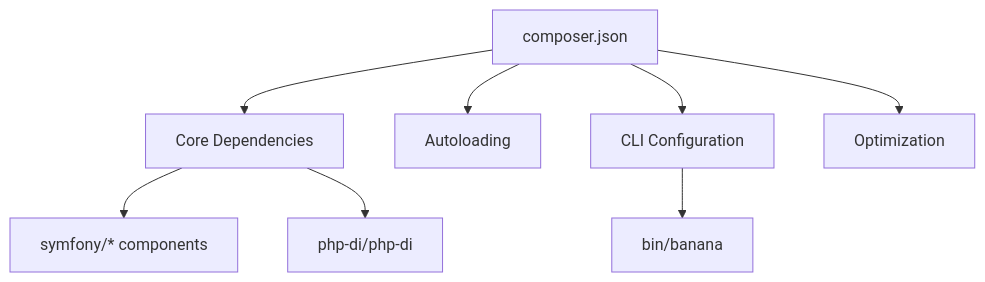
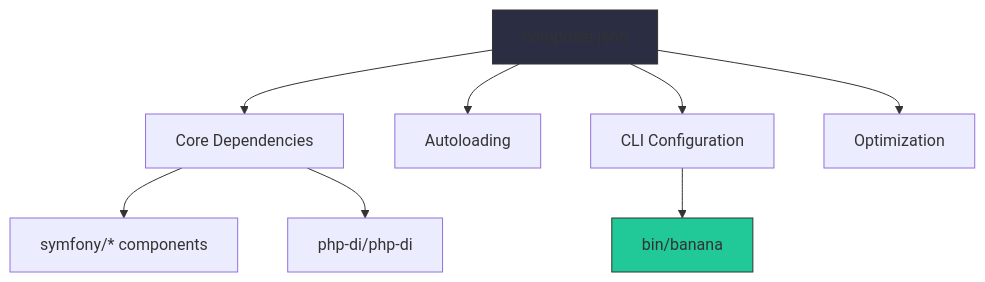
The first of 4 diagrams in docs/COMPOSER-REFERENCE.md (meyoramu/banana-php), drawn with Mermaid before and after one commit. The commit also changed other lines of this file, not shown here.

````diff
--- a/docs/COMPOSER-REFERENCE.md
+++ b/docs/COMPOSER-REFERENCE.md
@@ -5,10 +6,12 @@
 ```mermaid
 graph TD
     A[composer.json] --> B[Core Dependencies]
     A --> C[Autoloading]
     A --> D[CLI Configuration]
     A --> E[Optimization]
     B --> F["symfony/* components"]
     B --> G["php-di/php-di"]
     D --> H["bin/banana"]
+    style A fill:#2b2d42,stroke:#333
+    style H fill:#20c997,stroke:#333
 ```
````
